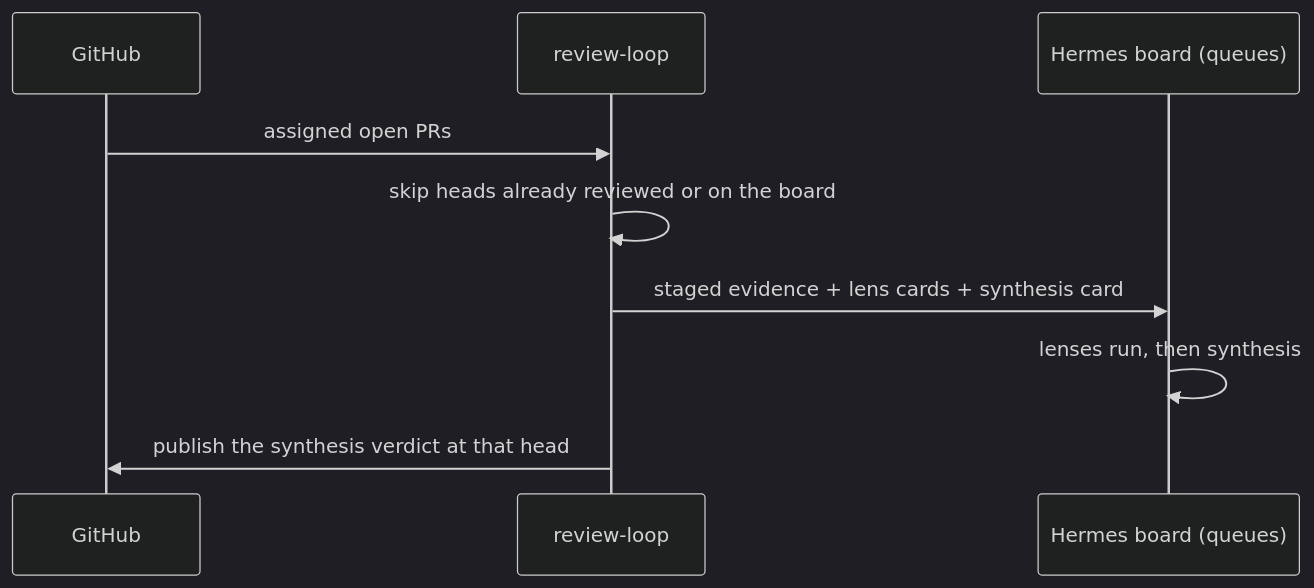
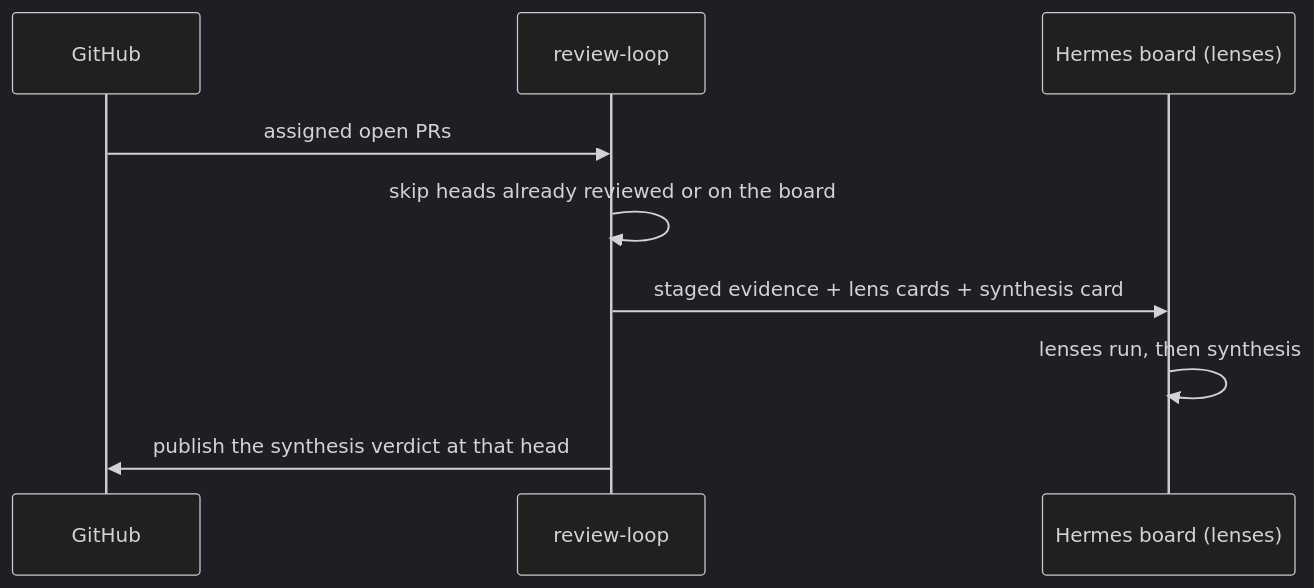
Before and after one commit to Zhachory1/ralph: the second of 3 diagrams in docs/workflows.md, drawn with Mermaid (dark theme). The commit also changed other lines of this file and 3 other files, not shown here.

````diff
--- a/docs/workflows.md
+++ b/docs/workflows.md
@@ -50,11 +51,11 @@
 ```mermaid
 sequenceDiagram
     participant G as GitHub
     participant L as review-loop
-    participant H as Hermes board (queues)
+    participant H as Hermes board (lenses)
     G->>L: assigned open PRs
     L->>L: skip heads already reviewed or on the board
     L->>H: staged evidence + lens cards + synthesis card
     H->>H: lenses run, then synthesis
     L->>G: publish the synthesis verdict at that head
 ```
````
